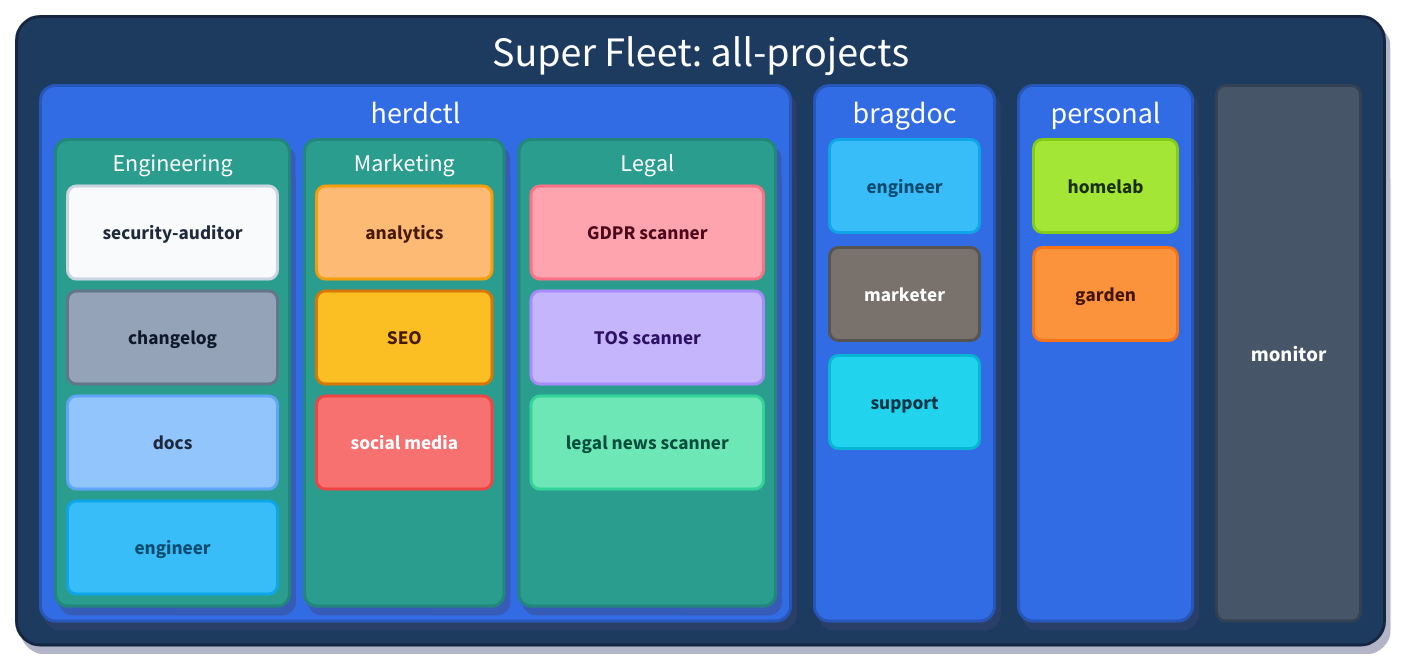
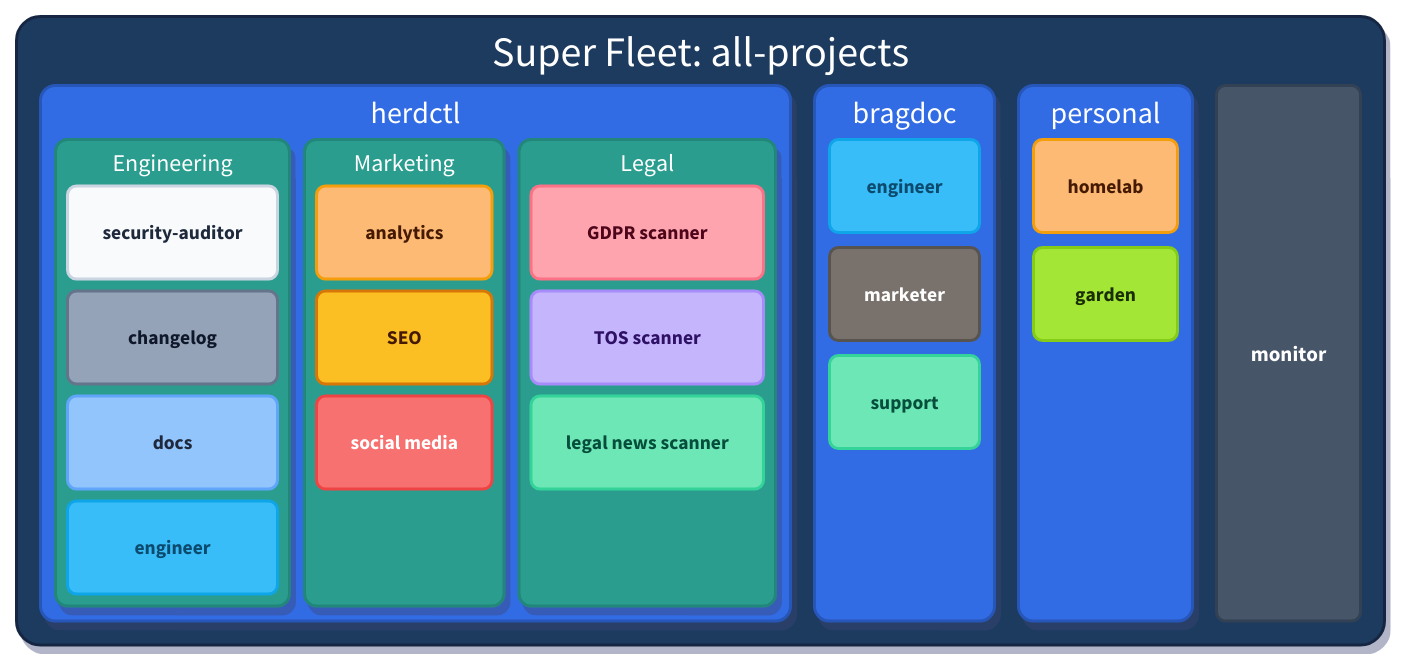
Before and after one commit to oheckmann74/herdctl: the diagram in docs/d2-spike/fleet-composition-subteams.d2, drawn with D2. The commit also changed 3 other files, not shown here.

First line of the commit message:
docs: sync agent colors between fleet composition diagrams

```diff
--- a/docs/d2-spike/fleet-composition-subteams.d2
+++ b/docs/d2-spike/fleet-composition-subteams.d2
@@ -174,9 +174,9 @@
       style.font-size: 13
     }
     support {
-      style.fill: "#22d3ee"
-      style.stroke: "#06b6d4"
-      style.font-color: "#083344"
+      style.fill: "#6ee7b7"
+      style.stroke: "#34d399"
+      style.font-color: "#064e3b"
       style.border-radius: 6
       style.font-size: 13
     }
@@ -196,16 +196,16 @@
     grid-gap: 10
 
     homelab {
-      style.fill: "#a3e635"
-      style.stroke: "#84cc16"
-      style.font-color: "#1a2e05"
+      style.fill: "#fdba74"
+      style.stroke: "#f59e0b"
+      style.font-color: "#451a03"
       style.border-radius: 6
       style.font-size: 13
     }
     garden {
-      style.fill: "#fb923c"
-      style.stroke: "#f97316"
-      style.font-color: "#431407"
+      style.fill: "#a3e635"
+      style.stroke: "#84cc16"
+      style.font-color: "#1a2e05"
       style.border-radius: 6
       style.font-size: 13
     }
```
